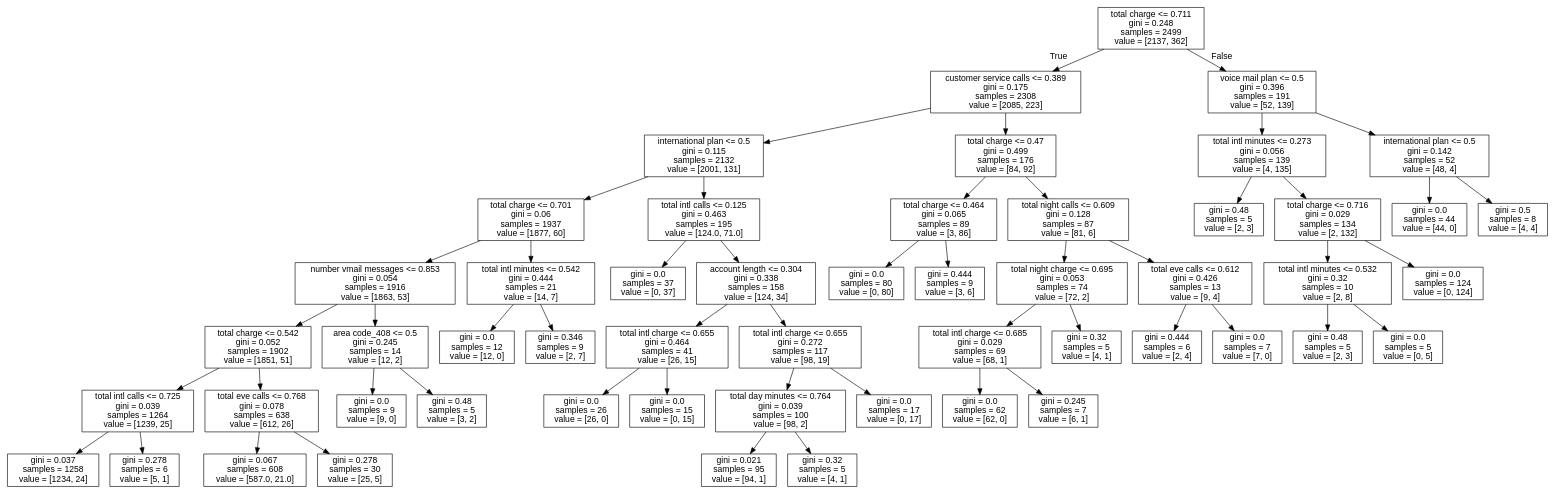
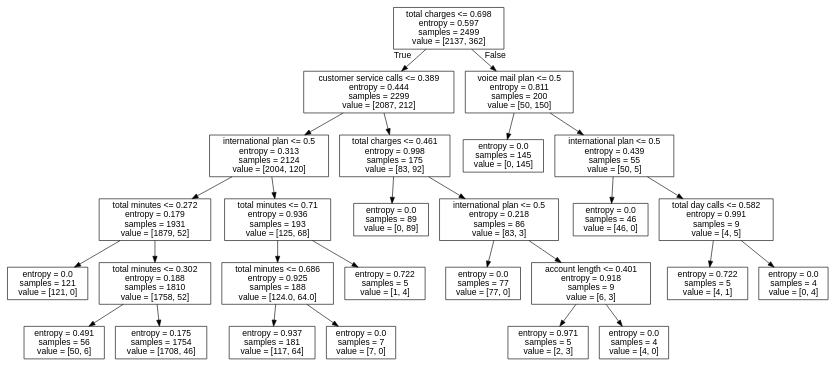
The diagram in tree.dot (Kevan-Muthomi/PhaseThreeProject), drawn with Graphviz before and after one commit. The commit also changed 1 other file, not shown here.

```diff
--- a/tree.dot
+++ b/tree.dot
@@ -1,109 +1,57 @@
 digraph Tree {
 node [shape=box, fontname="helvetica"] ;
 edge [fontname="helvetica"] ;
-0 [label="total charge <= 0.711\ngini = 0.248\nsamples = 2499\nvalue = [2137, 362]"] ;
-1 [label="customer service calls <= 0.389\ngini = 0.175\nsamples = 2308\nvalue = [2085, 223]"] ;
+0 [label="total charges <= 0.698\nentropy = 0.597\nsamples = 2499\nvalue = [2137, 362]"] ;
+1 [label="customer service calls <= 0.389\nentropy = 0.444\nsamples = 2299\nvalue = [2087, 212]"] ;
 0 -> 1 [labeldistance=2.5, labelangle=45, headlabel="True"] ;
-2 [label="international plan <= 0.5\ngini = 0.115\nsamples = 2132\nvalue = [2001, 131]"] ;
+2 [label="international plan <= 0.5\nentropy = 0.313\nsamples = 2124\nvalue = [2004, 120]"] ;
 1 -> 2 ;
-3 [label="total charge <= 0.701\ngini = 0.06\nsamples = 1937\nvalue = [1877, 60]"] ;
+3 [label="total minutes <= 0.272\nentropy = 0.179\nsamples = 1931\nvalue = [1879, 52]"] ;
 2 -> 3 ;
-4 [label="number vmail messages <= 0.853\ngini = 0.054\nsamples = 1916\nvalue = [1863, 53]"] ;
+4 [label="entropy = 0.0\nsamples = 121\nvalue = [121, 0]"] ;
 3 -> 4 ;
-5 [label="total charge <= 0.542\ngini = 0.052\nsamples = 1902\nvalue = [1851, 51]"] ;
-4 -> 5 ;
-6 [label="total intl calls <= 0.725\ngini = 0.039\nsamples = 1264\nvalue = [1239, 25]"] ;
+5 [label="total minutes <= 0.302\nentropy = 0.188\nsamples = 1810\nvalue = [1758, 52]"] ;
+3 -> 5 ;
+6 [label="entropy = 0.491\nsamples = 56\nvalue = [50, 6]"] ;
 5 -> 6 ;
-7 [label="gini = 0.037\nsamples = 1258\nvalue = [1234, 24]"] ;
-6 -> 7 ;
-8 [label="gini = 0.278\nsamples = 6\nvalue = [5, 1]"] ;
-6 -> 8 ;
-9 [label="total eve calls <= 0.768\ngini = 0.078\nsamples = 638\nvalue = [612, 26]"] ;
-5 -> 9 ;
-10 [label="gini = 0.067\nsamples = 608\nvalue = [587.0, 21.0]"] ;
+7 [label="entropy = 0.175\nsamples = 1754\nvalue = [1708, 46]"] ;
+5 -> 7 ;
+8 [label="total minutes <= 0.71\nentropy = 0.936\nsamples = 193\nvalue = [125, 68]"] ;
+2 -> 8 ;
+9 [label="total minutes <= 0.686\nentropy = 0.925\nsamples = 188\nvalue = [124.0, 64.0]"] ;
+8 -> 9 ;
+10 [label="entropy = 0.937\nsamples = 181\nvalue = [117, 64]"] ;
 9 -> 10 ;
-11 [label="gini = 0.278\nsamples = 30\nvalue = [25, 5]"] ;
+11 [label="entropy = 0.0\nsamples = 7\nvalue = [7, 0]"] ;
 9 -> 11 ;
-12 [label="area code_408 <= 0.5\ngini = 0.245\nsamples = 14\nvalue = [12, 2]"] ;
-4 -> 12 ;
-13 [label="gini = 0.0\nsamples = 9\nvalue = [9, 0]"] ;
-12 -> 13 ;
-14 [label="gini = 0.48\nsamples = 5\nvalue = [3, 2]"] ;
-12 -> 14 ;
-15 [label="total intl minutes <= 0.542\ngini = 0.444\nsamples = 21\nvalue = [14, 7]"] ;
-3 -> 15 ;
-16 [label="gini = 0.0\nsamples = 12\nvalue = [12, 0]"] ;
+12 [label="entropy = 0.722\nsamples = 5\nvalue = [1, 4]"] ;
+8 -> 12 ;
+13 [label="total charges <= 0.461\nentropy = 0.998\nsamples = 175\nvalue = [83, 92]"] ;
+1 -> 13 ;
+14 [label="entropy = 0.0\nsamples = 89\nvalue = [0, 89]"] ;
+13 -> 14 ;
+15 [label="international plan <= 0.5\nentropy = 0.218\nsamples = 86\nvalue = [83, 3]"] ;
+13 -> 15 ;
+16 [label="entropy = 0.0\nsamples = 77\nvalue = [77, 0]"] ;
 15 -> 16 ;
-17 [label="gini = 0.346\nsamples = 9\nvalue = [2, 7]"] ;
+17 [label="account length <= 0.401\nentropy = 0.918\nsamples = 9\nvalue = [6, 3]"] ;
 15 -> 17 ;
-18 [label="total intl calls <= 0.125\ngini = 0.463\nsamples = 195\nvalue = [124.0, 71.0]"] ;
-2 -> 18 ;
-19 [label="gini = 0.0\nsamples = 37\nvalue = [0, 37]"] ;
-18 -> 19 ;
-20 [label="account length <= 0.304\ngini = 0.338\nsamples = 158\nvalue = [124, 34]"] ;
-18 -> 20 ;
-21 [label="total intl charge <= 0.655\ngini = 0.464\nsamples = 41\nvalue = [26, 15]"] ;
+18 [label="entropy = 0.971\nsamples = 5\nvalue = [2, 3]"] ;
+17 -> 18 ;
+19 [label="entropy = 0.0\nsamples = 4\nvalue = [4, 0]"] ;
+17 -> 19 ;
+20 [label="voice mail plan <= 0.5\nentropy = 0.811\nsamples = 200\nvalue = [50, 150]"] ;
+0 -> 20 [labeldistance=2.5, labelangle=-45, headlabel="False"] ;
+21 [label="entropy = 0.0\nsamples = 145\nvalue = [0, 145]"] ;
 20 -> 21 ;
-22 [label="gini = 0.0\nsamples = 26\nvalue = [26, 0]"] ;
-21 -> 22 ;
-23 [label="gini = 0.0\nsamples = 15\nvalue = [0, 15]"] ;
-21 -> 23 ;
-24 [label="total intl charge <= 0.655\ngini = 0.272\nsamples = 117\nvalue = [98, 19]"] ;
-20 -> 24 ;
-25 [label="total day minutes <= 0.764\ngini = 0.039\nsamples = 100\nvalue = [98, 2]"] ;
+22 [label="international plan <= 0.5\nentropy = 0.439\nsamples = 55\nvalue = [50, 5]"] ;
+20 -> 22 ;
+23 [label="entropy = 0.0\nsamples = 46\nvalue = [46, 0]"] ;
+22 -> 23 ;
+24 [label="total day calls <= 0.582\nentropy = 0.991\nsamples = 9\nvalue = [4, 5]"] ;
+22 -> 24 ;
+25 [label="entropy = 0.722\nsamples = 5\nvalue = [4, 1]"] ;
 24 -> 25 ;
-26 [label="gini = 0.021\nsamples = 95\nvalue = [94, 1]"] ;
-25 -> 26 ;
-27 [label="gini = 0.32\nsamples = 5\nvalue = [4, 1]"] ;
-25 -> 27 ;
-28 [label="gini = 0.0\nsamples = 17\nvalue = [0, 17]"] ;
-24 -> 28 ;
-29 [label="total charge <= 0.47\ngini = 0.499\nsamples = 176\nvalue = [84, 92]"] ;
-1 -> 29 ;
-30 [label="total charge <= 0.464\ngini = 0.065\nsamples = 89\nvalue = [3, 86]"] ;
-29 -> 30 ;
-31 [label="gini = 0.0\nsamples = 80\nvalue = [0, 80]"] ;
-30 -> 31 ;
-32 [label="gini = 0.444\nsamples = 9\nvalue = [3, 6]"] ;
-30 -> 32 ;
-33 [label="total night calls <= 0.609\ngini = 0.128\nsamples = 87\nvalue = [81, 6]"] ;
-29 -> 33 ;
-34 [label="total night charge <= 0.695\ngini = 0.053\nsamples = 74\nvalue = [72, 2]"] ;
-33 -> 34 ;
-35 [label="total intl charge <= 0.685\ngini = 0.029\nsamples = 69\nvalue = [68, 1]"] ;
-34 -> 35 ;
-36 [label="gini = 0.0\nsamples = 62\nvalue = [62, 0]"] ;
-35 -> 36 ;
-37 [label="gini = 0.245\nsamples = 7\nvalue = [6, 1]"] ;
-35 -> 37 ;
-38 [label="gini = 0.32\nsamples = 5\nvalue = [4, 1]"] ;
-34 -> 38 ;
-39 [label="total eve calls <= 0.612\ngini = 0.426\nsamples = 13\nvalue = [9, 4]"] ;
-33 -> 39 ;
-40 [label="gini = 0.444\nsamples = 6\nvalue = [2, 4]"] ;
-39 -> 40 ;
-41 [label="gini = 0.0\nsamples = 7\nvalue = [7, 0]"] ;
-39 -> 41 ;
-42 [label="voice mail plan <= 0.5\ngini = 0.396\nsamples = 191\nvalue = [52, 139]"] ;
-0 -> 42 [labeldistance=2.5, labelangle=-45, headlabel="False"] ;
-43 [label="total intl minutes <= 0.273\ngini = 0.056\nsamples = 139\nvalue = [4, 135]"] ;
-42 -> 43 ;
-44 [label="gini = 0.48\nsamples = 5\nvalue = [2, 3]"] ;
-43 -> 44 ;
-45 [label="total charge <= 0.716\ngini = 0.029\nsamples = 134\nvalue = [2, 132]"] ;
-43 -> 45 ;
-46 [label="total intl minutes <= 0.532\ngini = 0.32\nsamples = 10\nvalue = [2, 8]"] ;
-45 -> 46 ;
-47 [label="gini = 0.48\nsamples = 5\nvalue = [2, 3]"] ;
-46 -> 47 ;
-48 [label="gini = 0.0\nsamples = 5\nvalue = [0, 5]"] ;
-46 -> 48 ;
-49 [label="gini = 0.0\nsamples = 124\nvalue = [0, 124]"] ;
-45 -> 49 ;
-50 [label="international plan <= 0.5\ngini = 0.142\nsamples = 52\nvalue = [48, 4]"] ;
-42 -> 50 ;
-51 [label="gini = 0.0\nsamples = 44\nvalue = [44, 0]"] ;
-50 -> 51 ;
-52 [label="gini = 0.5\nsamples = 8\nvalue = [4, 4]"] ;
-50 -> 52 ;
+26 [label="entropy = 0.0\nsamples = 4\nvalue = [0, 4]"] ;
+24 -> 26 ;
 }
```
